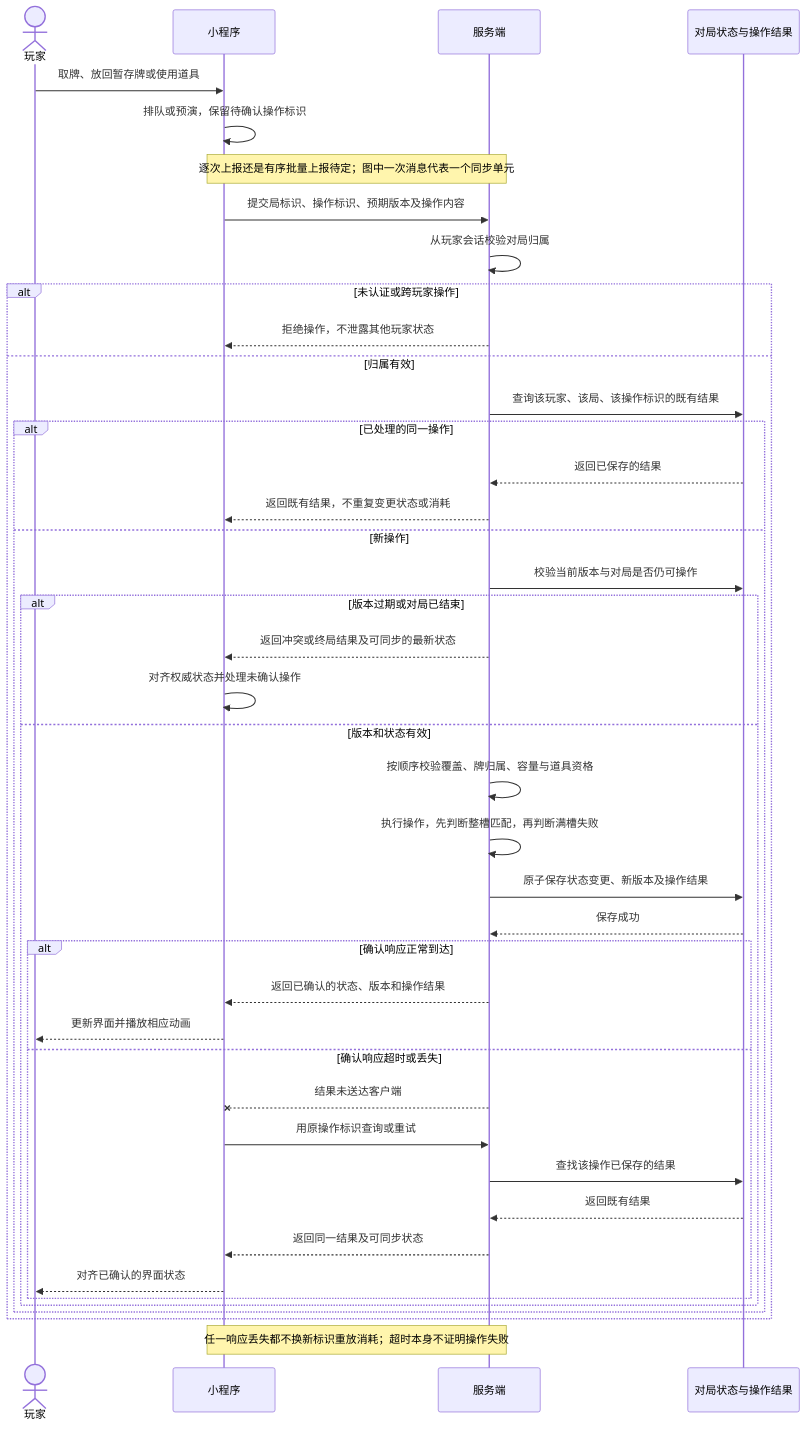
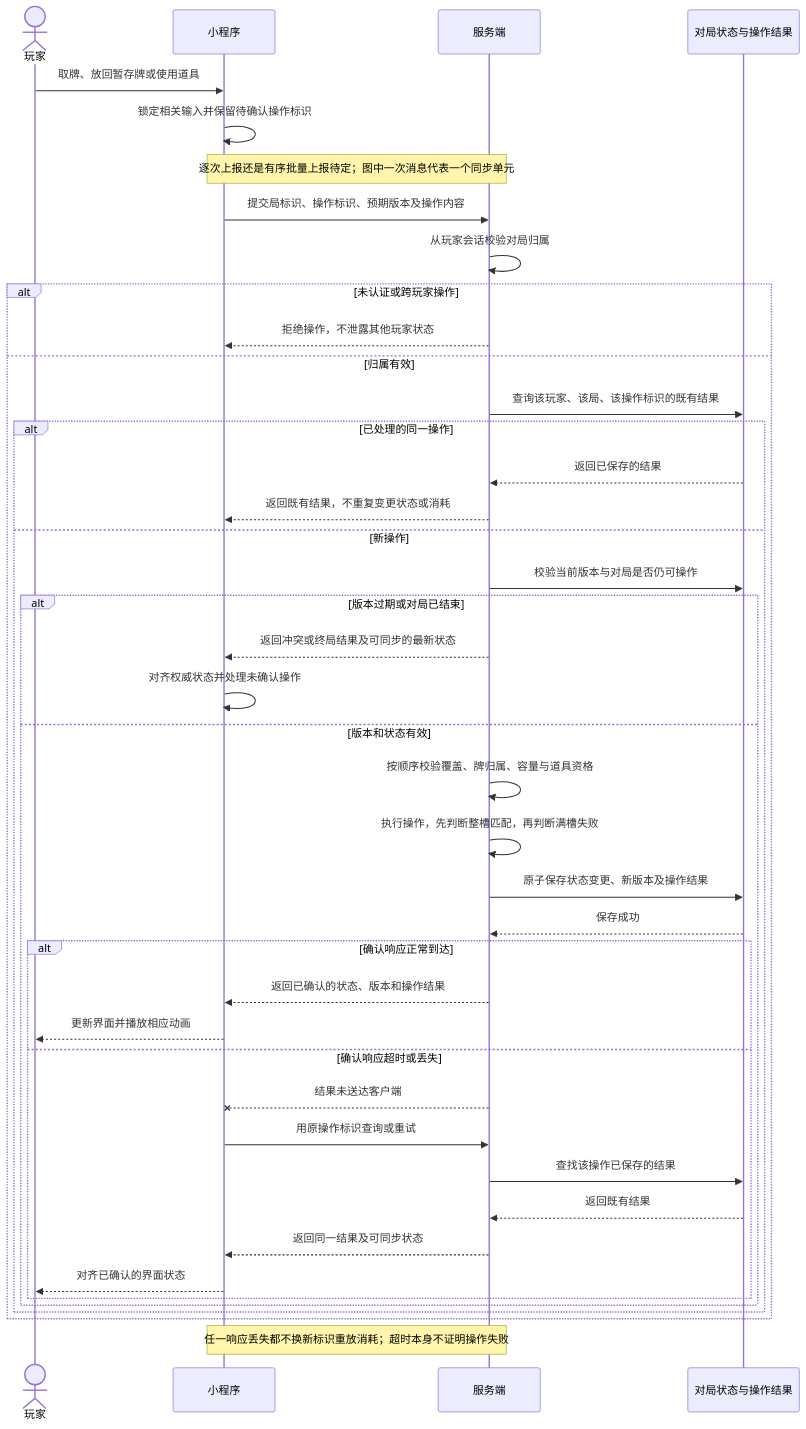
One commit to thundax-lyp/pretzel changed the second of 6 diagrams in docs/20-interfaces/GAME-CONTRACT.md. Above: the diagram before and after it, drawn with Mermaid. The commit also changed other lines of this file, not shown here.

````diff
--- a/docs/20-interfaces/GAME-CONTRACT.md
+++ b/docs/20-interfaces/GAME-CONTRACT.md
@@ -78,44 +135,44 @@
 ```mermaid
 sequenceDiagram
     actor P as 玩家
     participant C as 小程序
     participant S as 服务端
     participant D as 对局状态与操作结果
     P->>C: 取牌、放回暂存牌或使用道具
-    C->>C: 排队或预演，保留待确认操作标识
+    C->>C: 锁定相关输入并保留待确认操作标识
     Note over C,S: 逐次上报还是有序批量上报待定；图中一次消息代表一个同步单元
     C->>S: 提交局标识、操作标识、预期版本及操作内容
     S->>S: 从玩家会话校验对局归属
     alt 未认证或跨玩家操作
         S-->>C: 拒绝操作，不泄露其他玩家状态
     else 归属有效
         S->>D: 查询该玩家、该局、该操作标识的既有结果
         alt 已处理的同一操作
             D-->>S: 返回已保存的结果
             S-->>C: 返回既有结果，不重复变更状态或消耗
         else 新操作
             S->>D: 校验当前版本与对局是否仍可操作
             alt 版本过期或对局已结束
                 S-->>C: 返回冲突或终局结果及可同步的最新状态
                 C->>C: 对齐权威状态并处理未确认操作
             else 版本和状态有效
                 S->>S: 按顺序校验覆盖、牌归属、容量与道具资格
                 S->>S: 执行操作，先判断整槽匹配，再判断满槽失败
                 S->>D: 原子保存状态变更、新版本及操作结果
                 D-->>S: 保存成功
                 alt 确认响应正常到达
                     S-->>C: 返回已确认的状态、版本和操作结果
                     C-->>P: 更新界面并播放相应动画
                 else 确认响应超时或丢失
                     S--xC: 结果未送达客户端
                     C->>S: 用原操作标识查询或重试
                     S->>D: 查找该操作已保存的结果
                     D-->>S: 返回既有结果
                     S-->>C: 返回同一结果及可同步状态
                     C-->>P: 对齐已确认的界面状态
                 end
             end
         end
     end
     Note over C,S: 任一响应丢失都不换新标识重放消耗；超时本身不证明操作失败
 ```
````
